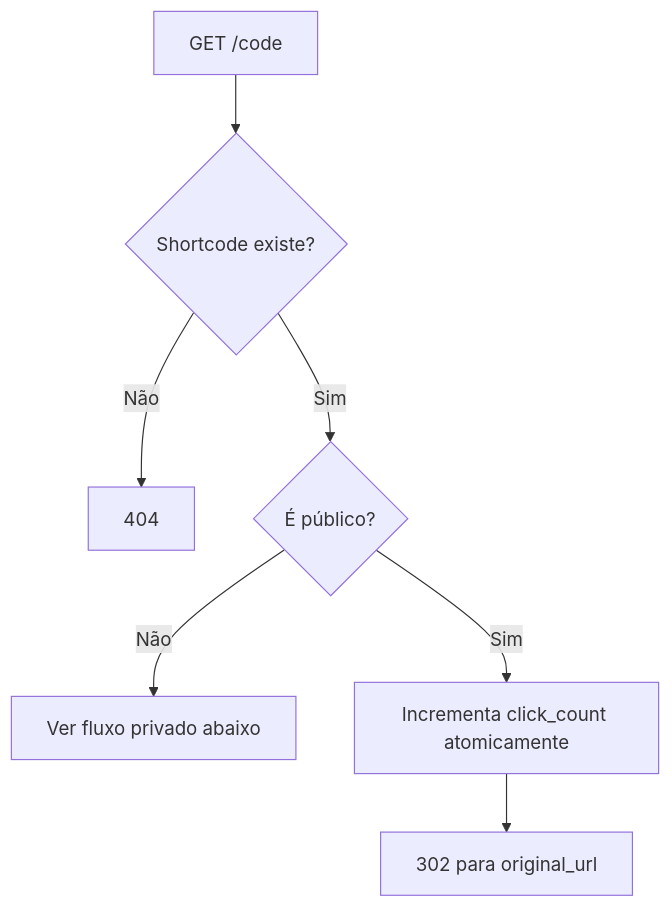
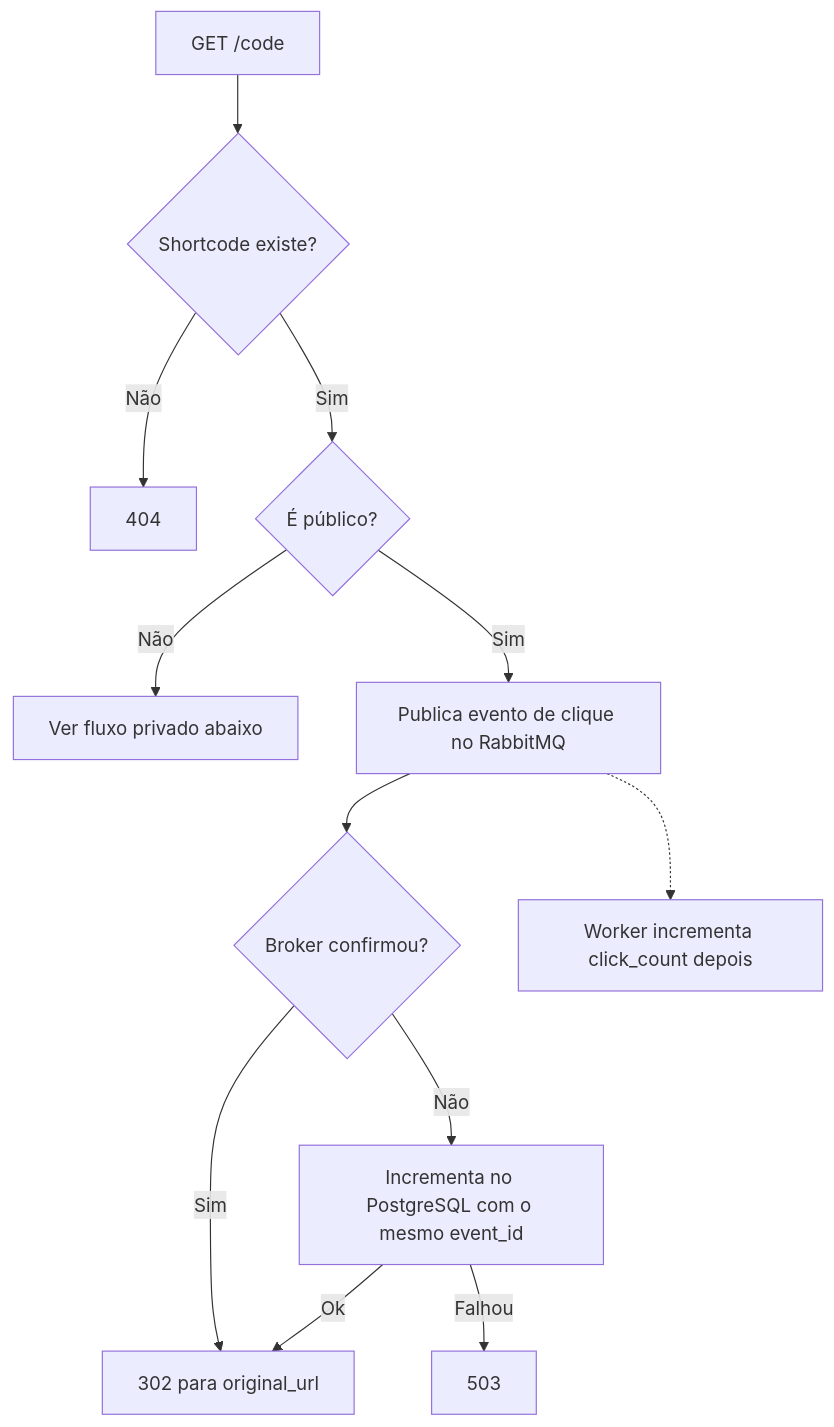
One commit to fredsaggio/shortbit changed the fourth of 6 diagrams in docs/short-links.md. Above: the diagram before and after it, drawn with Mermaid. The commit also changed other lines of this file and 8 other files, not shown here.

Commit message:
docs: describe queued click counting, eventual click_count and 503 on redirect

````diff
--- a/docs/short-links.md
+++ b/docs/short-links.md
@@ -100,9 +100,14 @@
 ```mermaid
 flowchart TD
     Request[GET /code] --> Find{Shortcode existe?}
     Find -- Não --> NotFound[404]
     Find -- Sim --> Visibility{É público?}
     Visibility -- Não --> PrivateFlow[Ver fluxo privado abaixo]
-    Visibility -- Sim --> Increment[Incrementa click_count atomicamente]
-    Increment --> Redirect[302 para original_url]
+    Visibility -- Sim --> Publish[Publica evento de clique no RabbitMQ]
+    Publish --> Confirmed{Broker confirmou?}
+    Confirmed -- Sim --> Redirect[302 para original_url]
+    Confirmed -- Não --> Fallback[Incrementa no PostgreSQL com o mesmo event_id]
+    Fallback -- Ok --> Redirect
+    Fallback -- Falhou --> Unavailable[503]
+    Publish -.-> Worker[Worker incrementa click_count depois]
 ```
````
